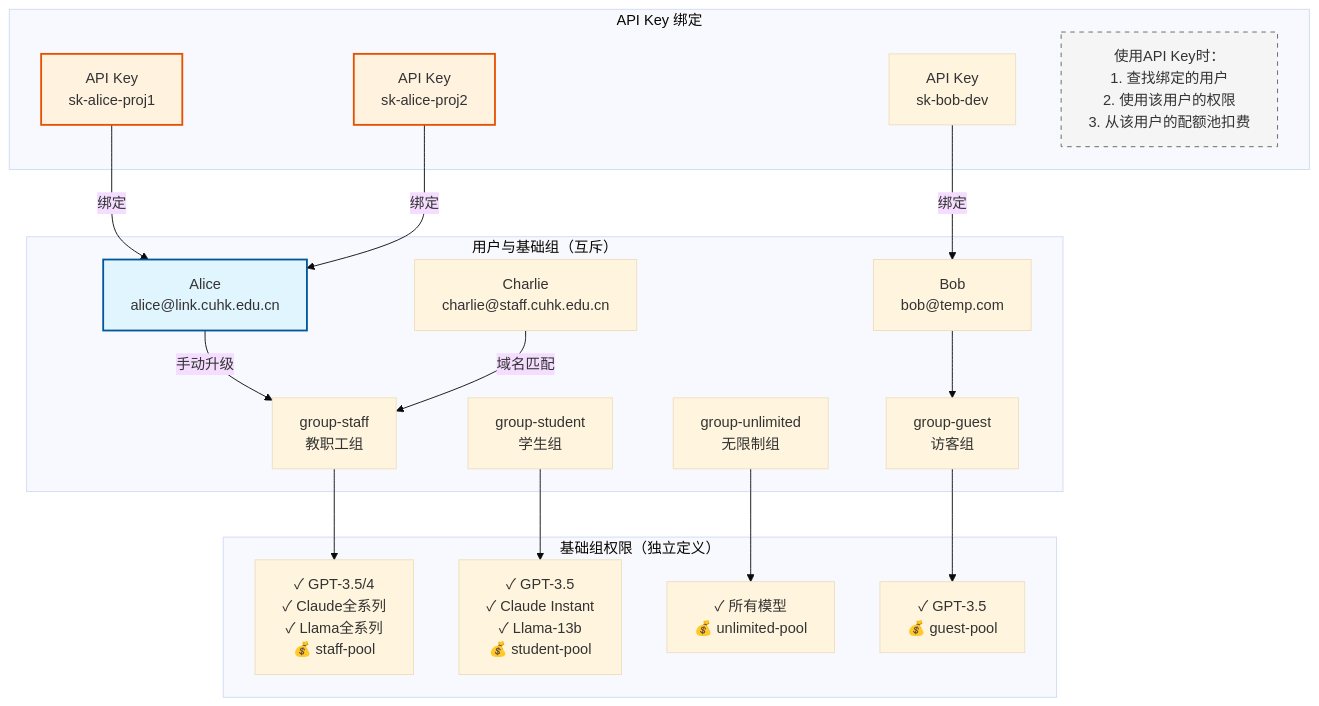
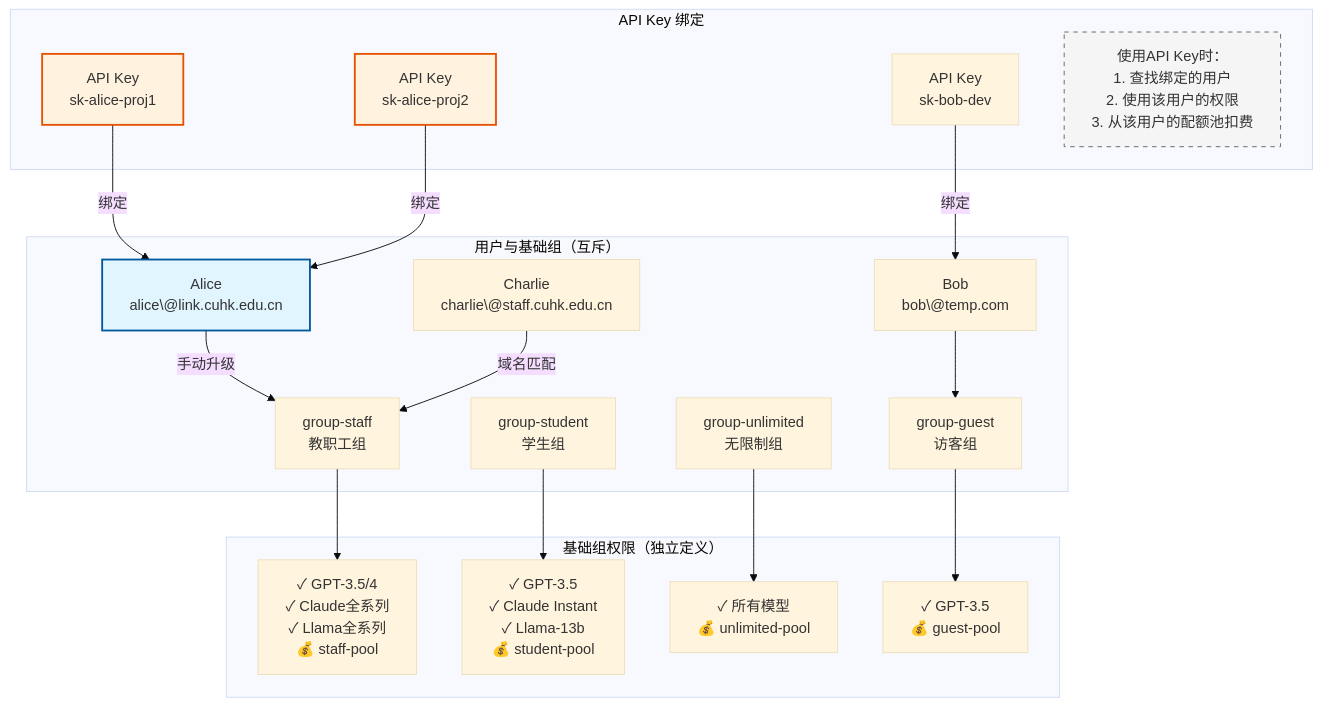
Before and after one commit to NickWilde18/UniAuth: the third of 5 diagrams in README.md, drawn with Mermaid (base theme).

````diff
--- a/README.md
+++ b/README.md
@@ -141,41 +141,41 @@
 ```mermaid
 graph TB
     subgraph "用户与基础组（互斥）"
-        Alice["Alice<br/>alice@link.cuhk.edu.cn"]
-        Bob["Bob<br/>bob@temp.com"]
-        Charlie["Charlie<br/>charlie@staff.cuhk.edu.cn"]
+        Alice["Alice<br/>alice\@link.cuhk.edu.cn"]
+        Bob["Bob<br/>bob\@temp.com"]
+        Charlie["Charlie<br/>charlie\@staff.cuhk.edu.cn"]
         
         GS[group-student<br/>学生组]
         GST[group-staff<br/>教职工组]
         GU[group-unlimited<br/>无限制组]
         GG[group-guest<br/>访客组]
         
         Alice -->|手动升级| GST
         Bob --> GG
         Charlie -->|域名匹配| GST
     end
     
     subgraph "API Key 绑定"
         SK1["API Key<br/>sk-alice-proj1"]
         SK2["API Key<br/>sk-alice-proj2"]
         SK3["API Key<br/>sk-bob-dev"]
         
         SK1 -->|绑定| Alice
         SK2 -->|绑定| Alice
         SK3 -->|绑定| Bob
         
         Note1["使用API Key时：<br/>1. 查找绑定的用户<br/>2. 使用该用户的权限<br/>3. 从该用户的配额池扣费"]
     end
     
     subgraph "基础组权限（独立定义）"
         GST --> PGST["✓ GPT-3.5/4<br/>✓ Claude全系列<br/>✓ Llama全系列<br/>💰 staff-pool"]
         GS --> PGS["✓ GPT-3.5<br/>✓ Claude Instant<br/>✓ Llama-13b<br/>💰 student-pool"]
         GU --> PGU["✓ 所有模型<br/>💰 unlimited-pool"]
         GG --> PGG["✓ GPT-3.5<br/>💰 guest-pool"]
     end
     
     style Alice fill:#e1f5fe,stroke:#01579b,stroke-width:2px
     style SK1 fill:#fff3e0,stroke:#e65100,stroke-width:2px
     style SK2 fill:#fff3e0,stroke:#e65100,stroke-width:2px
     style Note1 fill:#f5f5f5,stroke:#616161,stroke-width:1px,stroke-dasharray: 5 5
 ```
````
